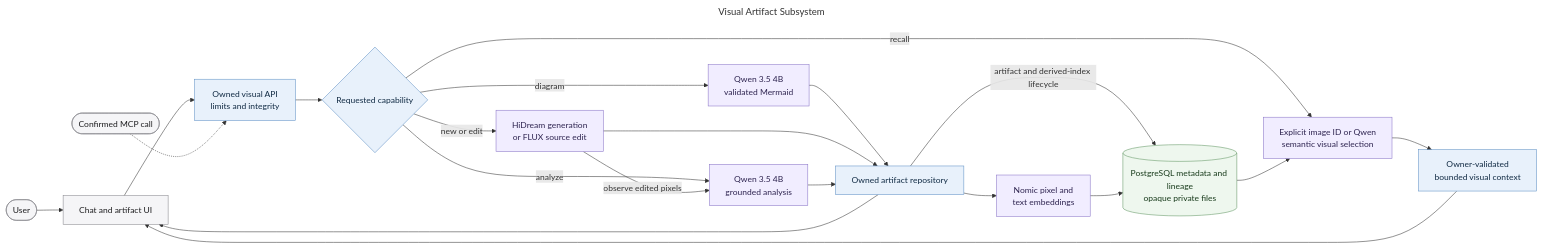
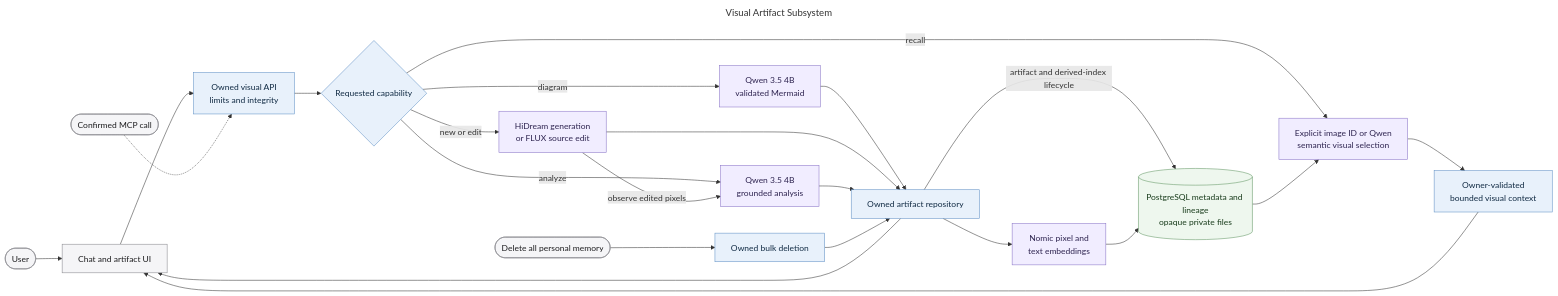
One commit to MallyaAni/PersonalAssistant changed the diagram in docs/diagrams/visual-artifact-subsystem.mmd. Above: the diagram before and after it, drawn with Mermaid. The commit also changed 34 other files, not shown here.

First line of the commit message:
Delete personal memory also deletes owned artifacts

```diff
--- a/docs/diagrams/visual-artifact-subsystem.mmd
+++ b/docs/diagrams/visual-artifact-subsystem.mmd
@@ -1,34 +1,37 @@
 ---
 title: Visual Artifact Subsystem
 ---
 flowchart LR
     User([User]) --> UI[Chat and artifact UI]
+    Forget([Delete all personal memory])
     UI --> Guard[Owned visual API<br/>limits and integrity]
     MCP([Confirmed MCP call]) -.-> Guard
     Guard --> Route{Requested capability}
 
     Route -->|diagram| Diagram[Qwen 3.5 4B<br/>validated Mermaid]
     Route -->|new or edit| Image[HiDream generation<br/>or FLUX source edit]
     Route -->|analyze| Vision[Qwen 3.5 4B<br/>grounded analysis]
     Route -->|recall| Recall[Explicit image ID or Qwen<br/>semantic visual selection]
 
     Diagram --> Repository[Owned artifact repository]
     Image --> Repository
     Image -->|observe edited pixels| Vision
     Vision --> Repository
     Repository -->|artifact and derived-index lifecycle| Store[(PostgreSQL metadata and lineage<br/>opaque private files)]
     Repository --> Embed[Nomic pixel and<br/>text embeddings]
     Embed --> Store
     Store --> Recall
     Recall --> Context[Owner-validated<br/>bounded visual context]
     Context --> UI
     Repository --> UI
+    Forget --> Cleanup[Owned bulk deletion]
+    Cleanup --> Repository
 
     classDef interface fill:#f5f5f7,stroke:#86868b,color:#1d1d1f;
     classDef application fill:#e8f1fb,stroke:#5e8fc4,color:#102a43;
     classDef data fill:#eef7ee,stroke:#5f9562,color:#183b1b;
     classDef external fill:#f1edff,stroke:#8872c6,color:#2e2450;
-    class User,UI,MCP interface;
-    class Guard,Route,Repository,Context application;
+    class User,UI,MCP,Forget interface;
+    class Guard,Route,Repository,Context,Cleanup application;
     class Store data;
     class Diagram,Image,Vision,Recall,Embed external;
```
